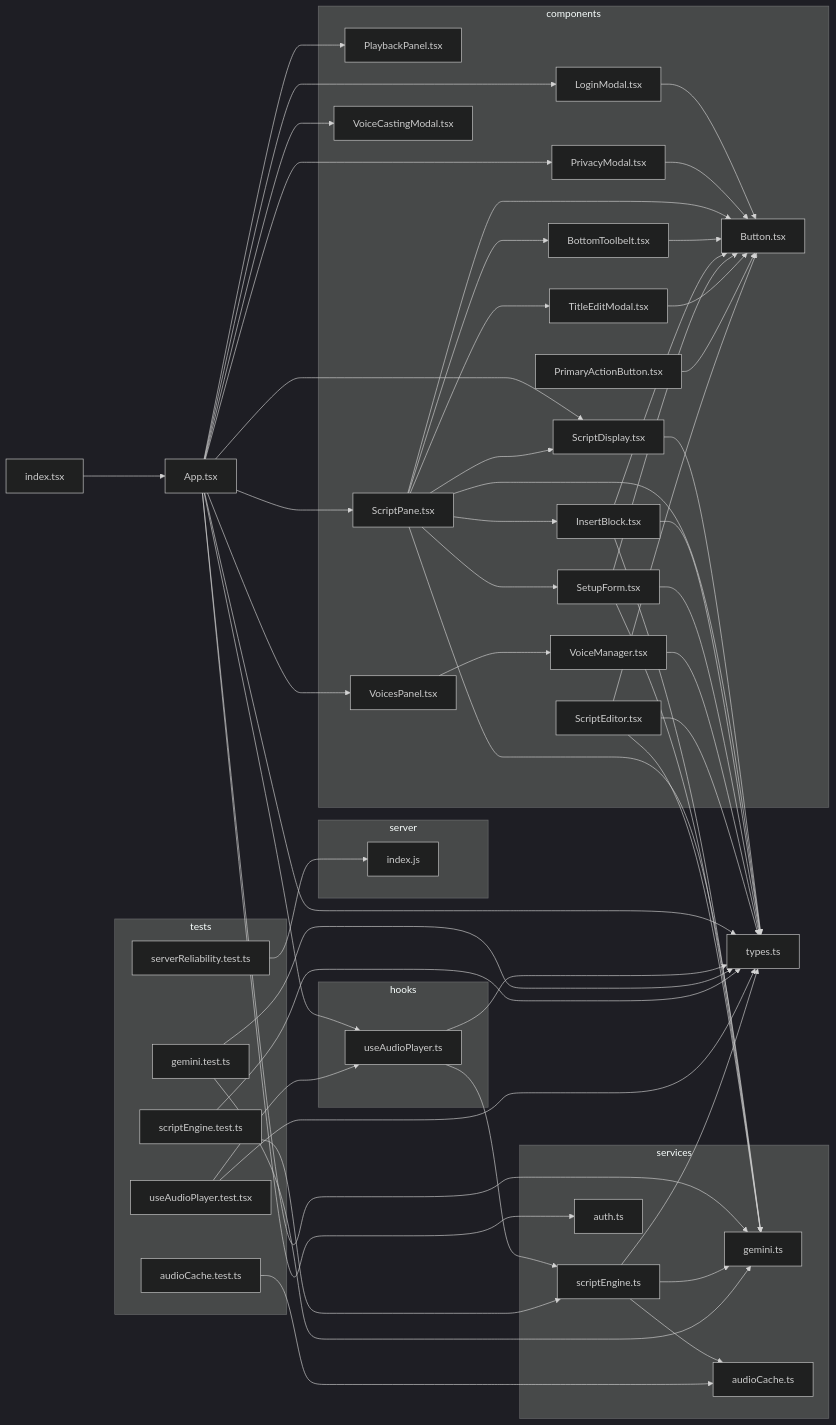
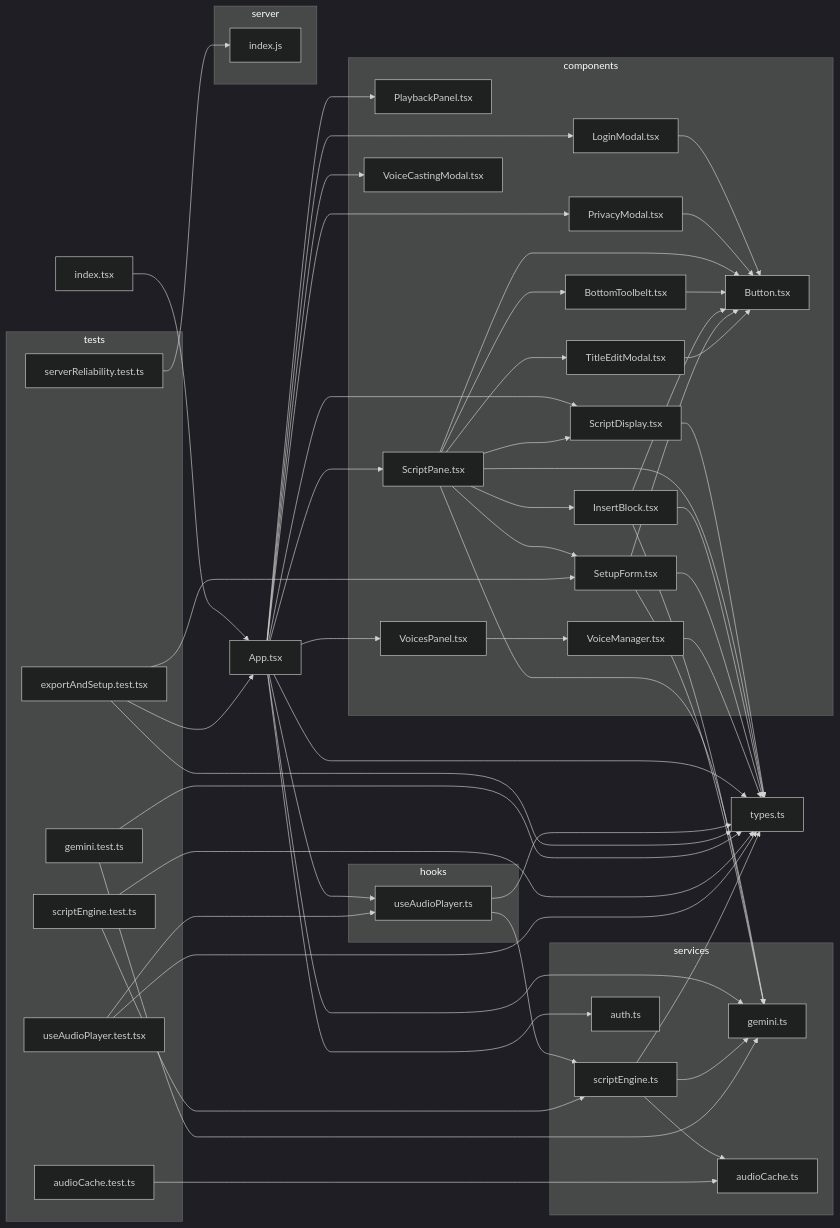
One commit to seanzmc/Script-Seance changed the diagram in docs/dependency-graph.mmd. Above: the diagram before and after it, drawn with Mermaid (dark theme).

Commit message:
Updates dependency graph
Aligns the dependency graph diagram with the current repository layout.

Renames and re-groups nodes and subgraphs, adds a missing test node, and updates edges to reflect file relocations and the revised server/tests structure. This keeps the diagram accurate and improves developer visibility into module relationships.

```diff
--- a/docs/dependency-graph.mmd
+++ b/docs/dependency-graph.mmd
@@ -1,91 +1,89 @@
 flowchart LR
 
 0["App.tsx"]
 subgraph 1["components"]
 2["LoginModal.tsx"]
 3["Button.tsx"]
 4["PlaybackPanel.tsx"]
 5["PrivacyModal.tsx"]
 6["ScriptDisplay.tsx"]
 8["ScriptPane.tsx"]
 B["BottomToolbelt.tsx"]
 C["InsertBlock.tsx"]
 D["SetupForm.tsx"]
 E["TitleEditModal.tsx"]
 F["VoiceCastingModal.tsx"]
 G["VoicesPanel.tsx"]
 H["VoiceManager.tsx"]
-N["PrimaryActionButton.tsx"]
-O["ScriptEditor.tsx"]
 end
 7["types.ts"]
 subgraph 9["services"]
 A["gemini.ts"]
 K["scriptEngine.ts"]
 L["audioCache.ts"]
 M["auth.ts"]
 end
 subgraph I["hooks"]
 J["useAudioPlayer.ts"]
 end
-P["index.tsx"]
-subgraph Q["server"]
-R["index.js"]
+N["index.tsx"]
+subgraph O["server"]
+P["index.js"]
 end
-subgraph S["tests"]
-T["audioCache.test.ts"]
-U["gemini.test.ts"]
-V["scriptEngine.test.ts"]
-W["serverReliability.test.ts"]
-X["useAudioPlayer.test.tsx"]
+subgraph Q["tests"]
+R["audioCache.test.ts"]
+S["exportAndSetup.test.tsx"]
+T["gemini.test.ts"]
+U["scriptEngine.test.ts"]
+V["serverReliability.test.ts"]
+W["useAudioPlayer.test.tsx"]
 end
 0-->2
 0-->4
 0-->5
 0-->6
 0-->8
 0-->F
 0-->G
 0-->J
 0-->M
 0-->A
 0-->7
 2-->3
 5-->3
 6-->7
 8-->A
 8-->7
 8-->B
 8-->3
 8-->C
 8-->6
 8-->D
 8-->E
 B-->3
 C-->A
 C-->7
 C-->3
 D-->A
 D-->7
 D-->3
 E-->3
 G-->H
 H-->7
 J-->K
 J-->7
 K-->7
 K-->L
 K-->A
-N-->3
-O-->A
-O-->7
-O-->3
-P-->0
-T-->L
-U-->A
+N-->0
+R-->L
+S-->0
+S-->D
+S-->7
+T-->A
+T-->7
+U-->K
 U-->7
-V-->K
-V-->7
-W-->R
-X-->J
-X-->7
+V-->P
+W-->J
+W-->7
```
